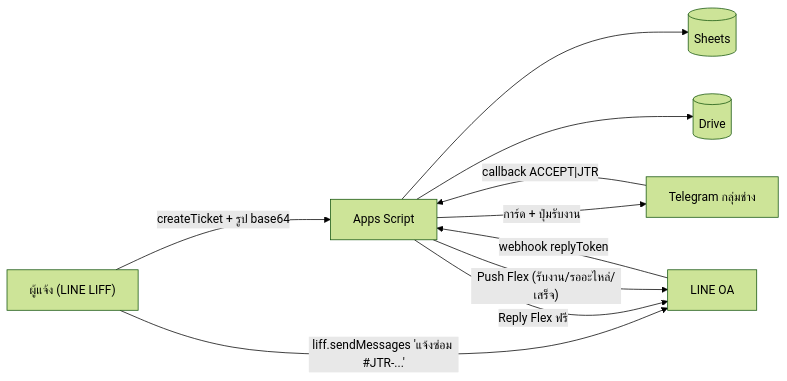
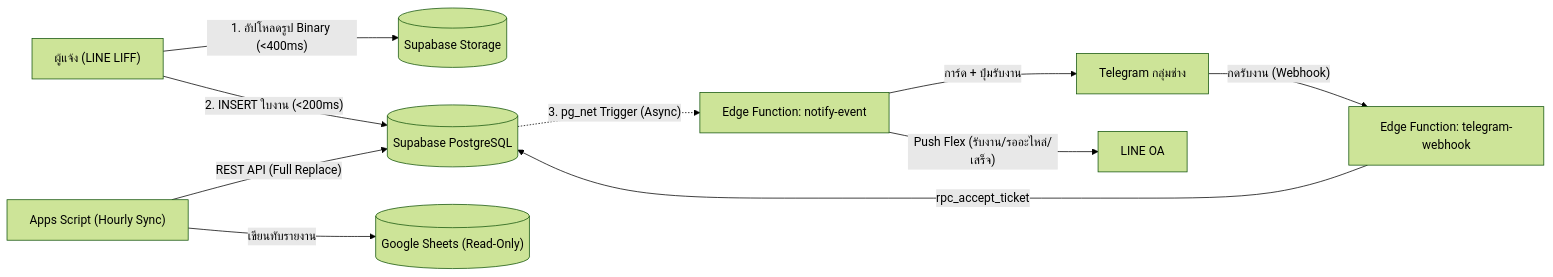
One commit to TopseasoN/e-mms changed the diagram in README.md. Above: the diagram before and after it, drawn with Mermaid (forest theme). The commit also changed other lines of this file and 13 other files, not shown here.

Commit message:
feat: migrate primary database to Supabase sub-second architecture, add edge functions, and Google Sheets read-only sync

````diff
--- a/README.md
+++ b/README.md
@@ -222,12 +211,12 @@
 ```mermaid
 flowchart LR
-  U["ผู้แจ้ง (LINE LIFF)"] -->|"createTicket + รูป base64"| GAS["Apps Script"]
-  GAS --> S[("Sheets")]
-  GAS --> D[("Drive")]
-  GAS -->|"การ์ด + ปุ่มรับงาน"| TG["Telegram กลุ่มช่าง"]
-  U -->|"liff.sendMessages 'แจ้งซ่อม #JTR-...'"| LINE["LINE OA"]
-  LINE -->|"webhook replyToken"| GAS
-  GAS -->|"Reply Flex ฟรี"| LINE
-  TG -->|"callback ACCEPT|JTR"| GAS
-  GAS -->|"Push Flex (รับงาน/รออะไหล่/เสร็จ)"| LINE
+  U["ผู้แจ้ง (LINE LIFF)"] -->|"1. อัปโหลดรูป Binary (<400ms)"| ST[("Supabase Storage")]
+  U -->|"2. INSERT ใบงาน (<200ms)"| DB[("Supabase PostgreSQL")]
+  DB -.->|"3. pg_net Trigger (Async)"| EF["Edge Function: notify-event"]
+  EF -->|"การ์ด + ปุ่มรับงาน"| TG["Telegram กลุ่มช่าง"]
+  TG -->|"กดรับงาน (Webhook)"| EFTG["Edge Function: telegram-webhook"]
+  EFTG -->|"rpc_accept_ticket"| DB
+  EF -->|"Push Flex (รับงาน/รออะไหล่/เสร็จ)"| LINE["LINE OA"]
+  GAS["Apps Script (Hourly Sync)"] -->|"REST API (Full Replace)"| DB
+  GAS -->|"เขียนทับรายงาน"| S[("Google Sheets (Read-Only)")]
 ```
````
